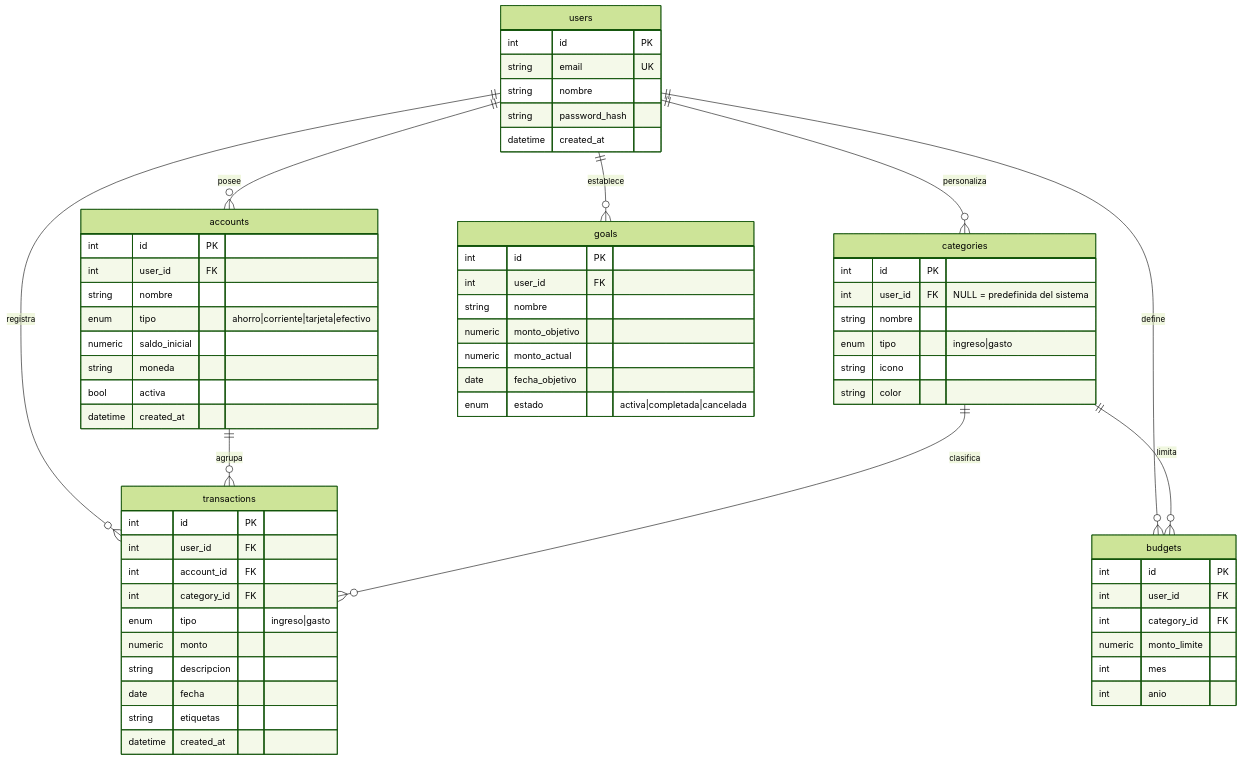
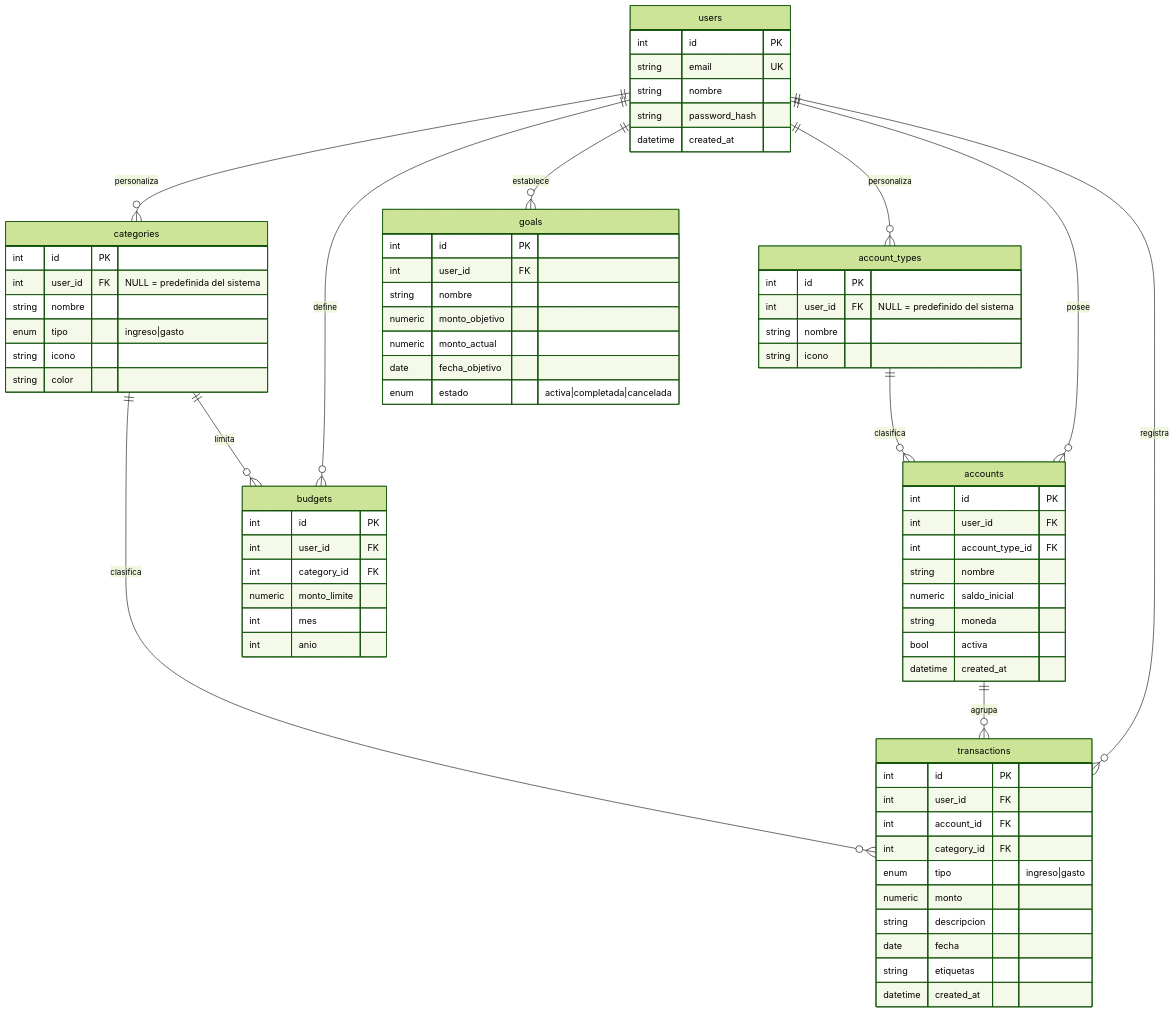
The diagram in docs/modelo-datos.md (ManfretSCH/app-finanza), drawn with Mermaid (forest theme) before and after one commit. The commit also changed other lines of this file and 45 other files, not shown here.

````diff
--- a/docs/modelo-datos.md
+++ b/docs/modelo-datos.md
@@ -7,66 +7,74 @@
 ```mermaid
 erDiagram
     users ||--o{ accounts     : "posee"
+    users ||--o{ account_types : "personaliza"
+    account_types ||--o{ accounts : "clasifica"
     users ||--o{ categories   : "personaliza"
     users ||--o{ transactions : "registra"
     users ||--o{ budgets      : "define"
     users ||--o{ goals        : "establece"
     accounts   ||--o{ transactions : "agrupa"
     categories ||--o{ transactions : "clasifica"
     categories ||--o{ budgets      : "limita"
 
     users {
         int      id PK
         string   email UK
         string   nombre
         string   password_hash
         datetime created_at
     }
+    account_types {
+        int    id PK
+        int    user_id FK "NULL = predefinido del sistema"
+        string nombre
+        string icono
+    }
     accounts {
         int      id PK
         int      user_id FK
+        int      account_type_id FK
         string   nombre
-        enum     tipo "ahorro|corriente|tarjeta|efectivo"
         numeric  saldo_inicial
         string   moneda
         bool     activa
         datetime created_at
     }
     categories {
         int    id PK
         int    user_id FK "NULL = predefinida del sistema"
         string nombre
         enum   tipo "ingreso|gasto"
         string icono
         string color
     }
     transactions {
         int      id PK
         int      user_id FK
         int      account_id FK
         int      category_id FK
         enum     tipo "ingreso|gasto"
         numeric  monto
         string   descripcion
         date     fecha
         string   etiquetas
         datetime created_at
     }
     budgets {
         int     id PK
         int     user_id FK
         int     category_id FK
         numeric monto_limite
         int     mes
         int     anio
     }
     goals {
         int     id PK
         int     user_id FK
         string  nombre
         numeric monto_objetivo
         numeric monto_actual
         date    fecha_objetivo
         enum    estado "activa|completada|cancelada"
     }
 ```
````
